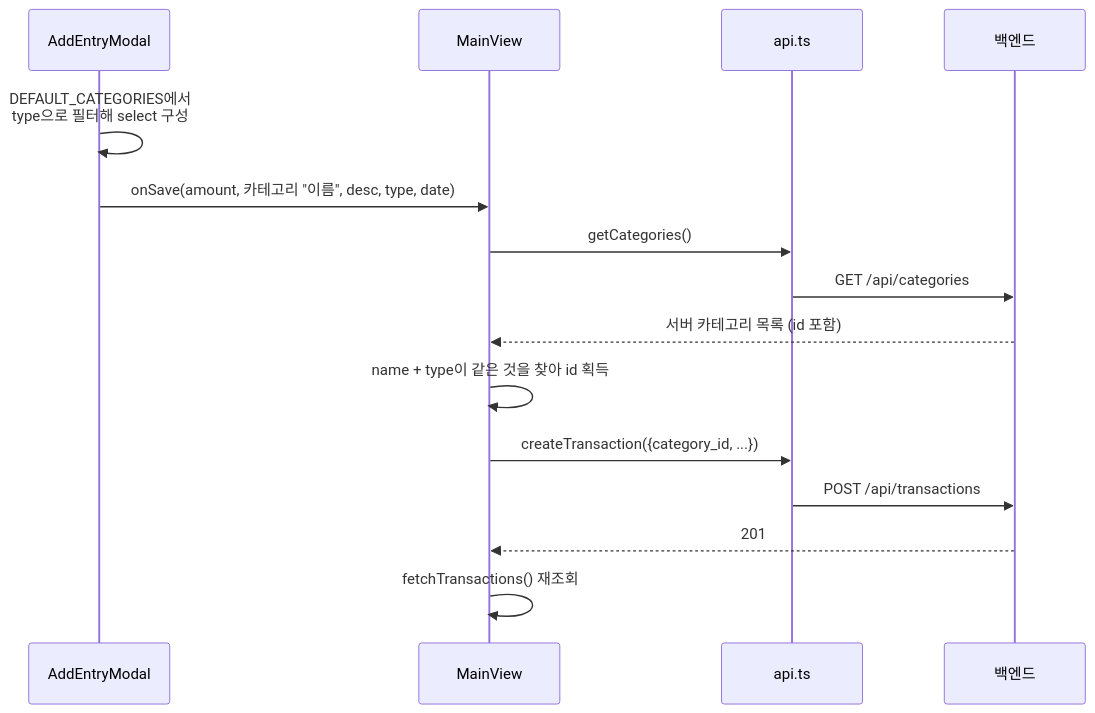
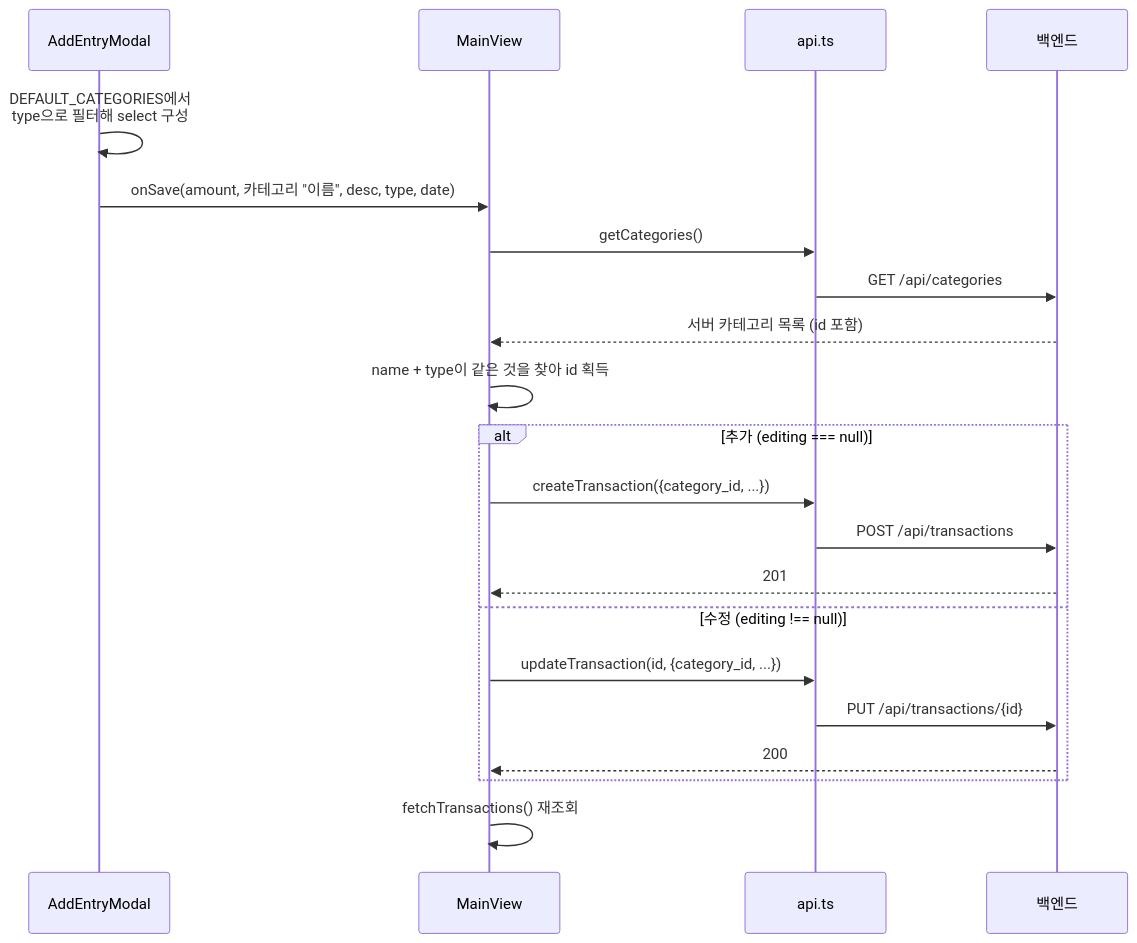
One commit to s2ngK/claude-asset-man changed the diagram in docs/flow-create-transaction.md. Above: the diagram before and after it, drawn with Mermaid. The commit also changed other lines of this file and 5 other files, not shown here.

````diff
--- a/docs/flow-create-transaction.md
+++ b/docs/flow-create-transaction.md
@@ -9,18 +10,24 @@
 ```mermaid
 sequenceDiagram
     participant M as AddEntryModal
     participant V as MainView
     participant A as api.ts
     participant S as 백엔드
 
     M->>M: DEFAULT_CATEGORIES에서<br/>type으로 필터해 select 구성
     M->>V: onSave(amount, 카테고리 "이름", desc, type, date)
     V->>A: getCategories()
     A->>S: GET /api/categories
     S-->>V: 서버 카테고리 목록 (id 포함)
     V->>V: name + type이 같은 것을 찾아 id 획득
-    V->>A: createTransaction({category_id, ...})
-    A->>S: POST /api/transactions
-    S-->>V: 201
+    alt 추가 (editing === null)
+        V->>A: createTransaction({category_id, ...})
+        A->>S: POST /api/transactions
+        S-->>V: 201
+    else 수정 (editing !== null)
+        V->>A: updateTransaction(id, {category_id, ...})
+        A->>S: PUT /api/transactions/{id}
+        S-->>V: 200
+    end
     V->>V: fetchTransactions() 재조회
 ```
````
